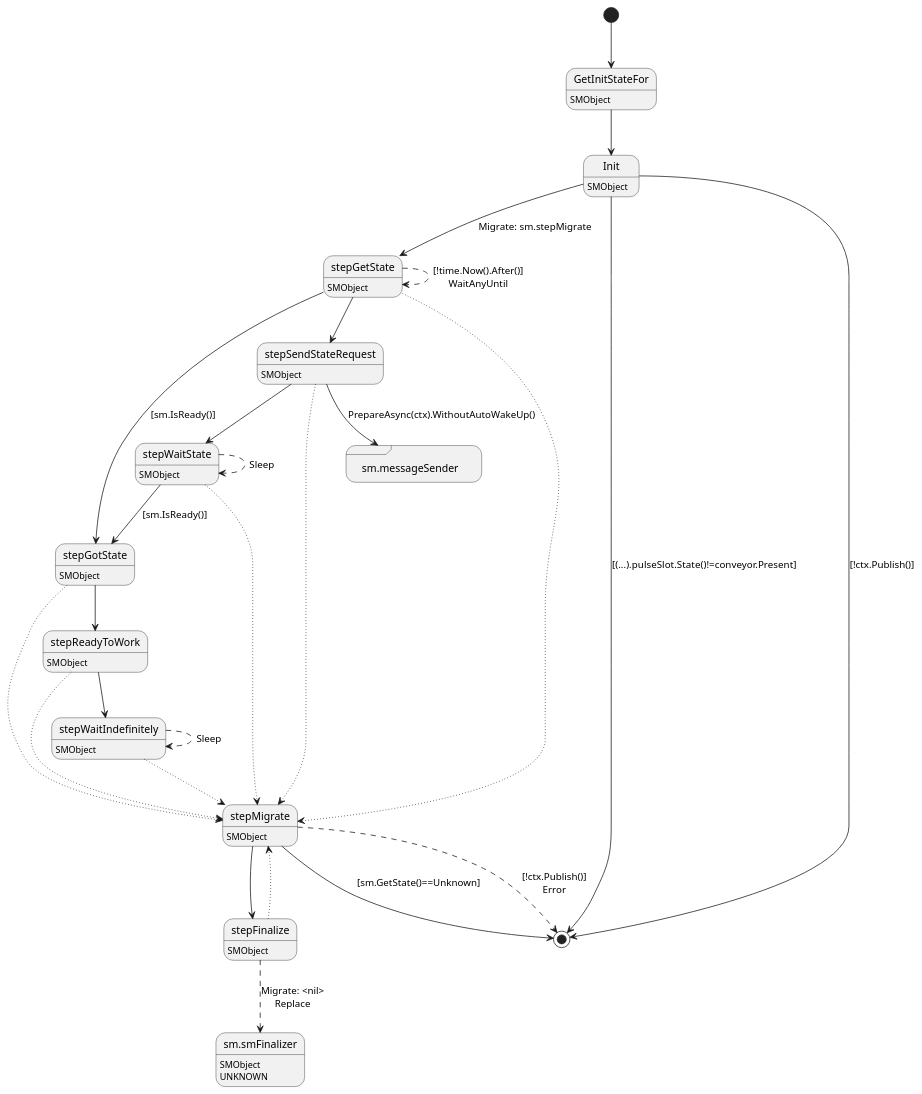
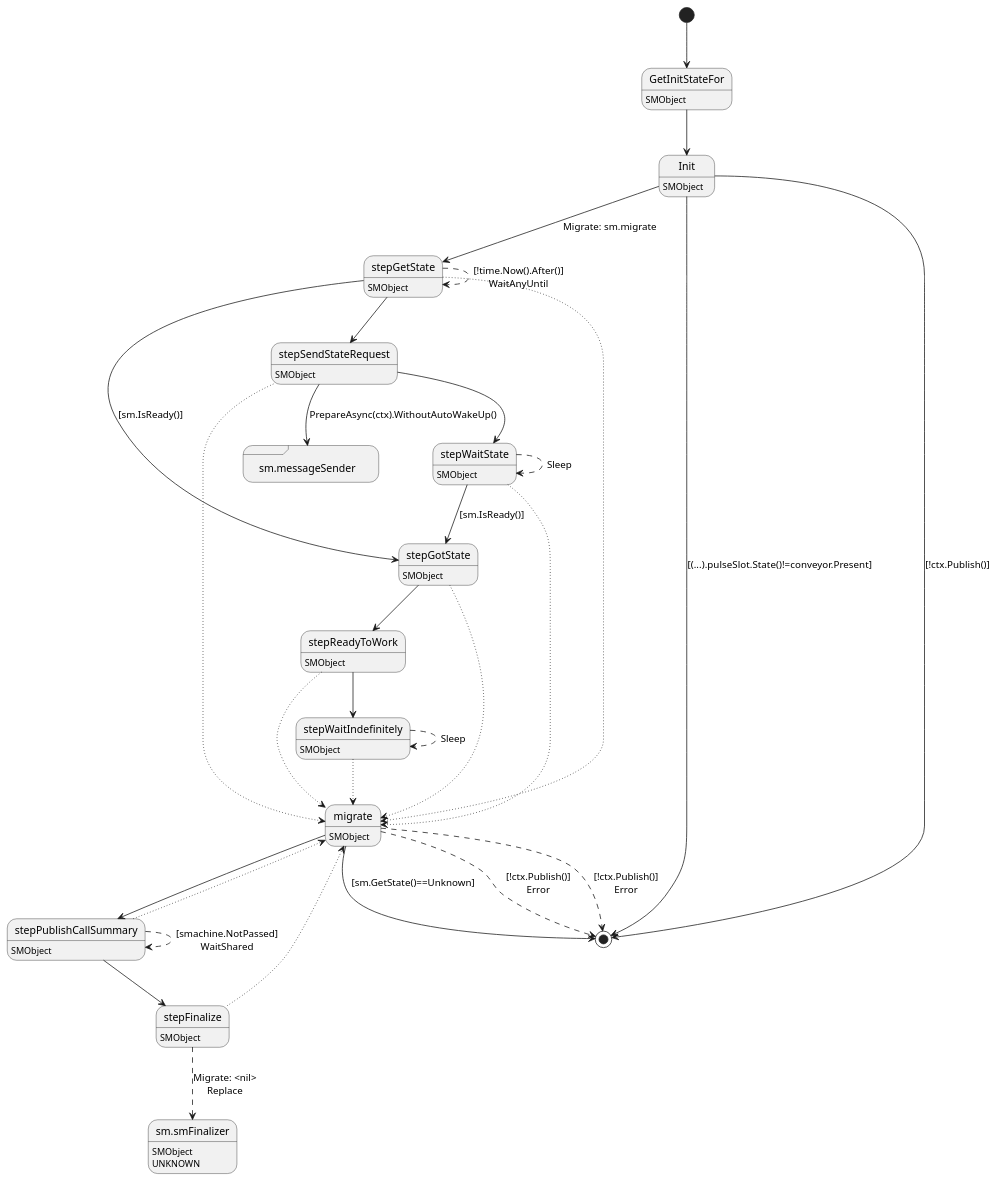
The diagram in ledger-core/virtual/object/object.plantuml (insolar/assured-ledger), drawn with PlantUML before and after one commit. The commit also changed 20 other files, not shown here.

```diff
--- a/ledger-core/virtual/object/object.plantuml
+++ b/ledger-core/virtual/object/object.plantuml
@@ -1,52 +1,58 @@
 @startuml
 state "GetInitStateFor" as T00_S001
 T00_S001 : SMObject
 [*] --> T00_S001
 T00_S001 --> T00_S002
 state "Init" as T00_S002
 T00_S002 : SMObject
 T00_S002 --> [*] : [(...).pulseSlot.State()!=conveyor.Present]
 T00_S002 --> [*] : [!ctx.Publish()]
-T00_S002 --> T00_S005 : Migrate: sm.stepMigrate
+T00_S002 --> T00_S005 : Migrate: sm.migrate
+state "migrate" as T00_S010
+T00_S010 : SMObject
+T00_S010 --> [*] : [sm.GetState()==Unknown]
+T00_S010 --[dashed]> [*] : [!ctx.Publish()]\nError
+T00_S010 --[dashed]> [*] : [!ctx.Publish()]\nError
+T00_S010 --> T00_S011
 state "sm.messageSender" as T00_S004 <<sdlreceive>>
-state "stepFinalize" as T00_S011
-T00_S011 : SMObject
-T00_S011 --[dotted]> T00_S010
+state "stepFinalize" as T00_S012
+T00_S012 : SMObject
+T00_S012 --[dotted]> T00_S010
 state "sm.smFinalizer" as T00_U001
 T00_U001 : SMObject
 T00_U001 : UNKNOWN 
-T00_S011 --[dashed]> T00_U001 : Migrate: <nil>\nReplace
+T00_S012 --[dashed]> T00_U001 : Migrate: <nil>\nReplace
 state "stepGetState" as T00_S005
 T00_S005 : SMObject
 T00_S005 --[dotted]> T00_S010
 T00_S005 --> T00_S007 : [sm.IsReady()]
 T00_S005 --[dashed]> T00_S005 : [!time.Now().After()]\nWaitAnyUntil
 T00_S005 --> T00_S003
 state "stepGotState" as T00_S007
 T00_S007 : SMObject
 T00_S007 --[dotted]> T00_S010
 T00_S007 --> T00_S008
-state "stepMigrate" as T00_S010
-T00_S010 : SMObject
-T00_S010 --> [*] : [sm.GetState()==Unknown]
-T00_S010 --[dashed]> [*] : [!ctx.Publish()]\nError
-T00_S010 --> T00_S011
+state "stepPublishCallSummary" as T00_S011
+T00_S011 : SMObject
+T00_S011 --[dotted]> T00_S010
+T00_S011 --[dashed]> T00_S011 : [smachine.NotPassed]\nWaitShared
+T00_S011 --> T00_S012
 state "stepReadyToWork" as T00_S008
 T00_S008 : SMObject
 T00_S008 --[dotted]> T00_S010
 T00_S008 --> T00_S009
 state "stepSendStateRequest" as T00_S003
 T00_S003 : SMObject
 T00_S003 --[dotted]> T00_S010
 T00_S003 --> T00_S004 : PrepareAsync(ctx).WithoutAutoWakeUp()
 T00_S003 --> T00_S006
 state "stepWaitIndefinitely" as T00_S009
 T00_S009 : SMObject
 T00_S009 --[dotted]> T00_S010
 T00_S009 --[dashed]> T00_S009 : Sleep
 state "stepWaitState" as T00_S006
 T00_S006 : SMObject
 T00_S006 --[dotted]> T00_S010
 T00_S006 --> T00_S007 : [sm.IsReady()]
 T00_S006 --[dashed]> T00_S006 : Sleep
 @enduml
```
